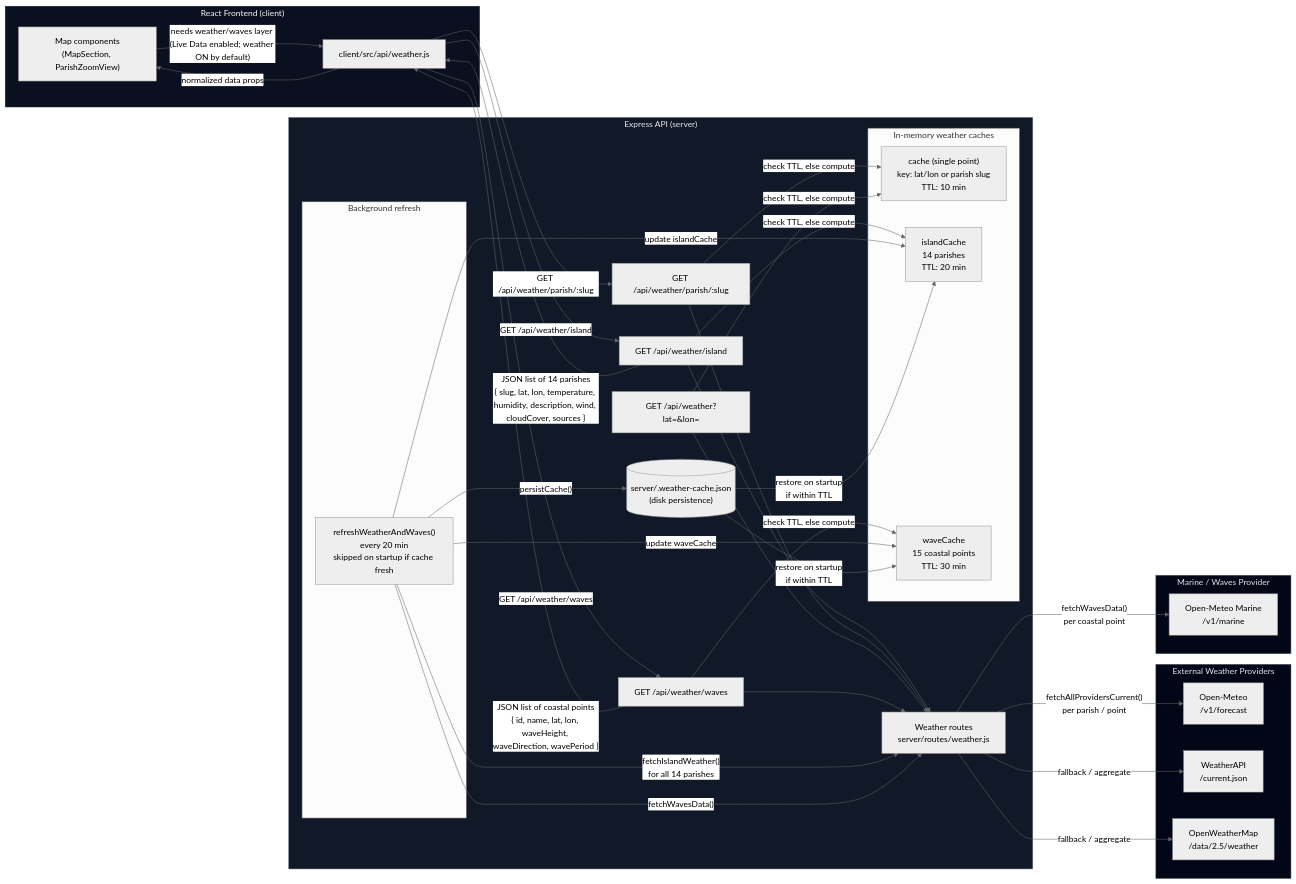
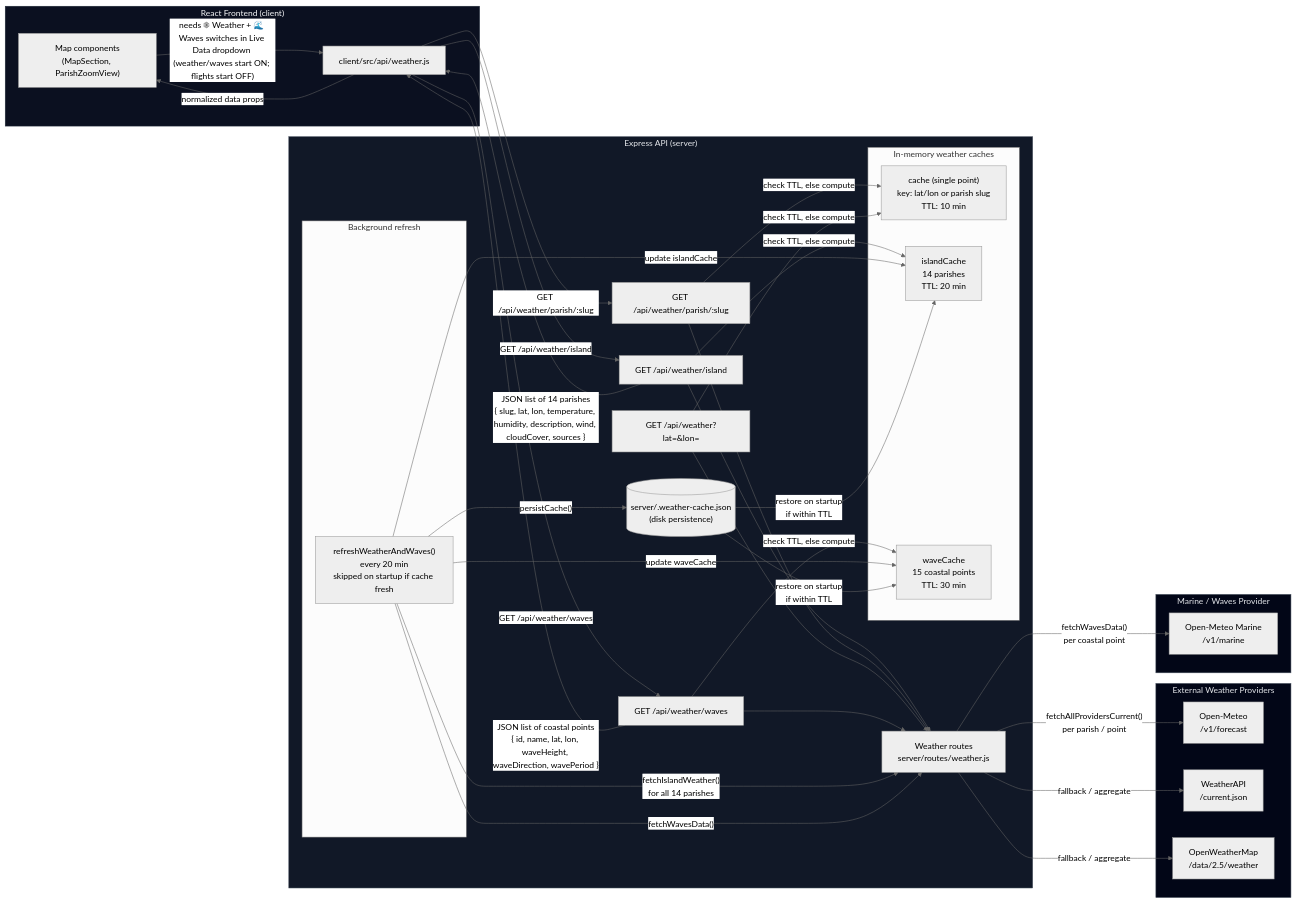
The diagram in docs/WEATHER-WAVES-DIAGRAM.md (becomeonewiththecode/jamaica-parish-explorer), drawn with Mermaid (neutral theme) before and after one commit. The commit also changed 7 other files, not shown here.

First line of the commit message:
Update Live Data dropdown and documentation

```diff
--- a/docs/WEATHER-WAVES-DIAGRAM.md
+++ b/docs/WEATHER-WAVES-DIAGRAM.md
@@ -43,7 +43,7 @@
   end
 
   %% Frontend calls backend
-  Map -->|"needs weather/waves layer (Live Data enabled; weather ON by default)"| WeatherApiClient
+  Map -->|"needs ☀ Weather + 🌊 Waves switches in Live Data dropdown (weather/waves start ON; flights start OFF)"| WeatherApiClient
   WeatherApiClient -->|"GET /api/weather/island"| IslandEndpoint
   WeatherApiClient -->|"GET /api/weather/parish/:slug"| ParishEndpoint
   WeatherApiClient -->|"GET /api/weather/waves"| WavesEndpoint
```
